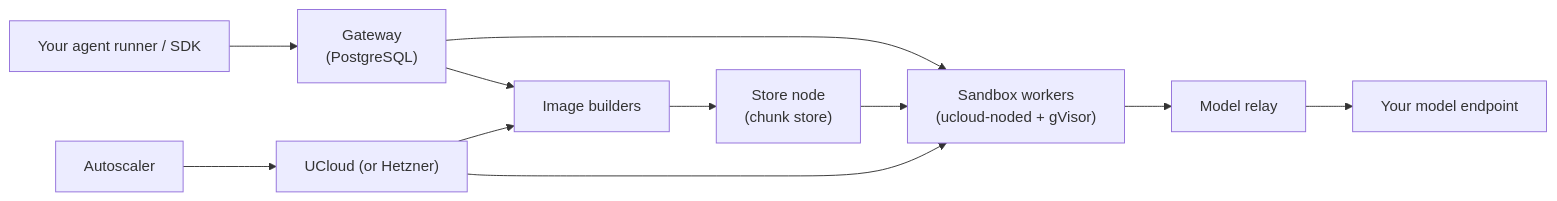
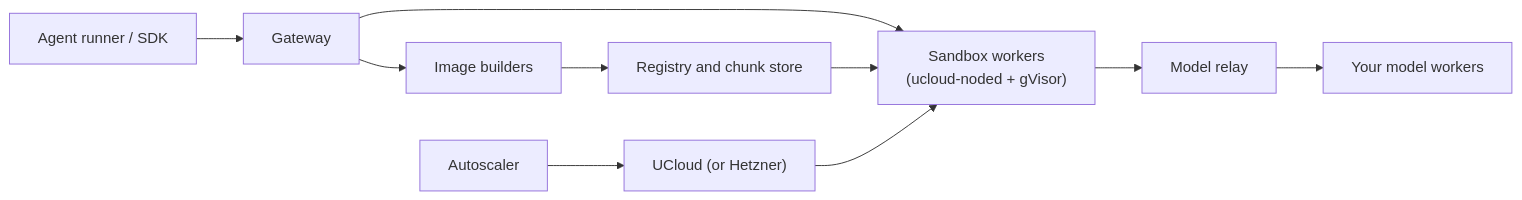
The diagram in README.md (rlrs/sandboxes), drawn with Mermaid before and after one commit. The commit also changed other lines of this file and 81 other files, not shown here.

````diff
--- a/README.md
+++ b/README.md
@@ -57,13 +33,12 @@
 ```mermaid
 flowchart LR
-    Client["Your agent runner / SDK"] --> Gateway["Gateway<br/>(PostgreSQL)"]
-    Gateway --> Sandboxes["Sandbox workers<br/>(ucloud-noded + gVisor)"]
+    Client["Agent runner / SDK"] --> Gateway["Gateway"]
+    Gateway --> Workers["Sandbox workers<br/>(ucloud-noded + gVisor)"]
     Gateway --> Builders["Image builders"]
-    Builders --> Store["Store node<br/>(chunk store)"]
-    Store --> Sandboxes
+    Builders --> Store["Registry and chunk store"]
+    Store --> Workers
     Autoscaler["Autoscaler"] --> Provider["UCloud (or Hetzner)"]
-    Provider --> Sandboxes
-    Provider --> Builders
-    Sandboxes --> Relay["Model relay"]
-    Relay --> Models["Your model endpoint"]
+    Provider --> Workers
+    Workers --> Relay["Model relay"]
+    Relay --> Models["Your model workers"]
 ```
````
